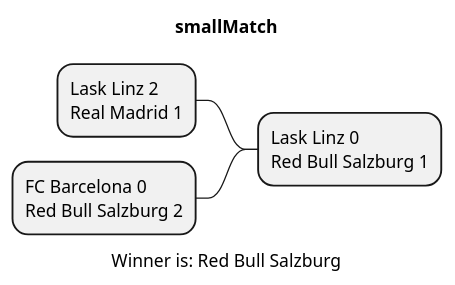
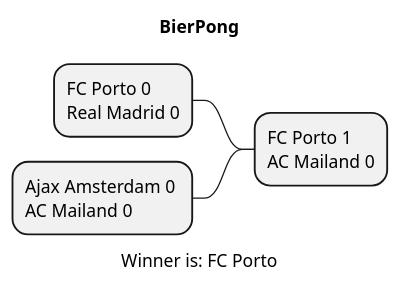
The diagram in asciidocs/plantuml/Result.puml (htl-leonding-project/2022-4ahif-autohaus), drawn with PlantUML before and after one commit. The commit also changed 9 other files, not shown here.

```diff
--- a/asciidocs/plantuml/Result.puml
+++ b/asciidocs/plantuml/Result.puml
@@ -1,10 +1,10 @@
-@startmindmap smallMatch.png
-title smallMatch
+@startmindmap BierPong.png
+title BierPong
 
-- Lask Linz 0 \nRed Bull Salzburg 1
+- FC Porto 1 \nAC Mailand 0
 
--- Lask Linz 2 \nReal Madrid 1
+-- FC Porto 0 \nReal Madrid 0
 
--- FC Barcelona 0 \nRed Bull Salzburg 2
-caption Winner is: Red Bull Salzburg
+-- Ajax Amsterdam 0 \nAC Mailand 0
+caption Winner is: FC Porto
 @endmindmap
```
